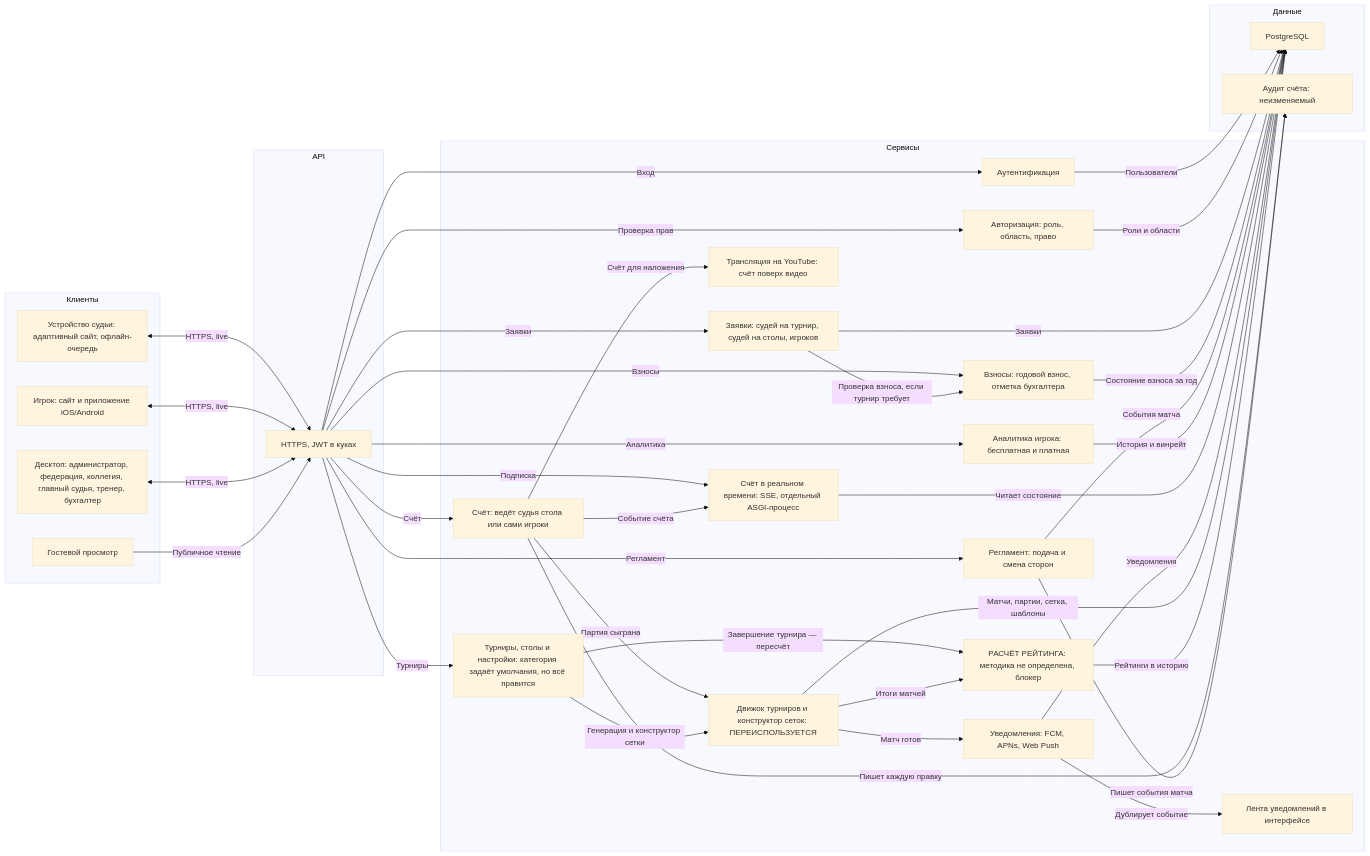
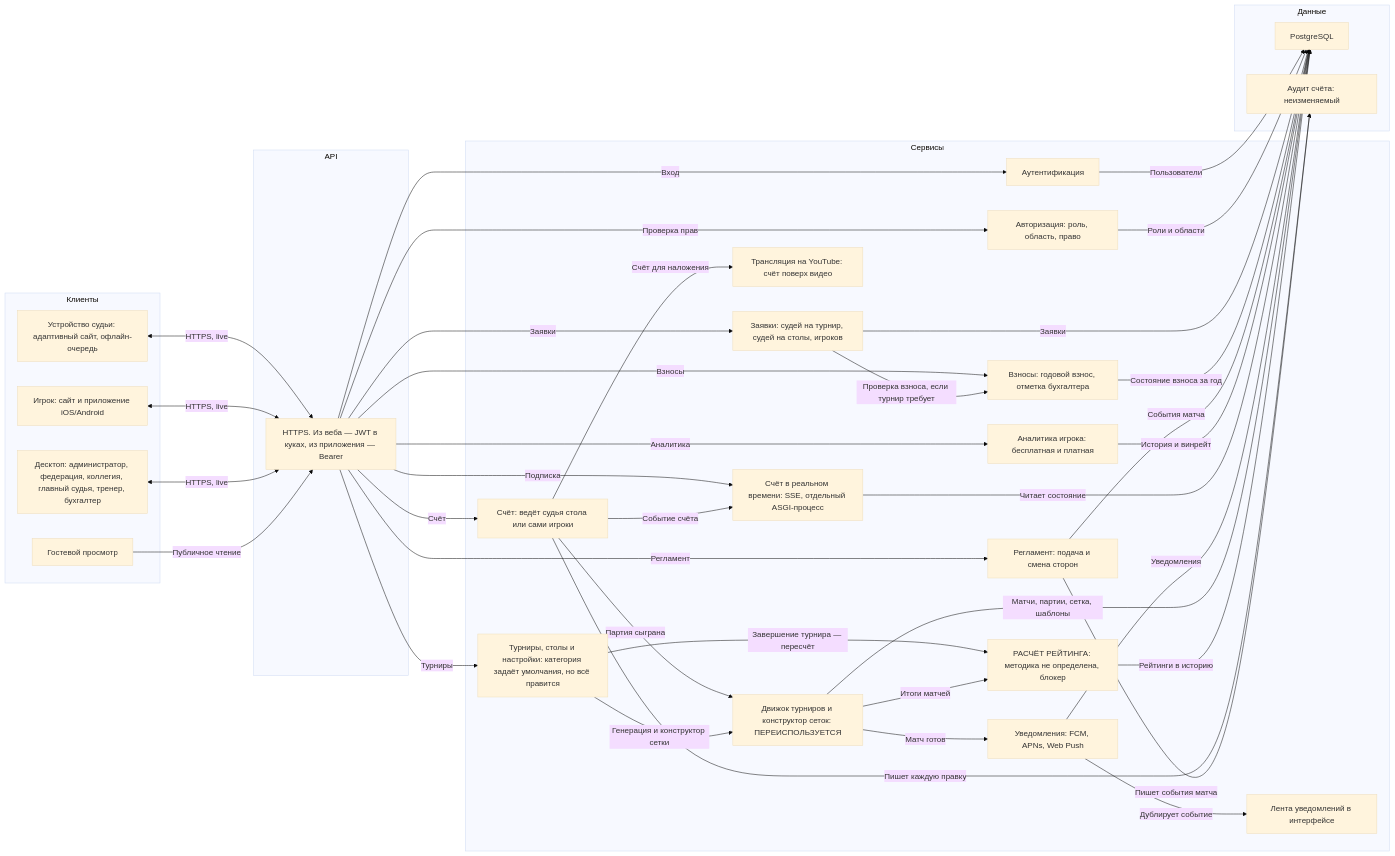
One commit to AssylanAkhanuly/tt_tournament changed the first of 3 diagrams in ARCHITECTURE.md. Above: the diagram before and after it, drawn with Mermaid (base theme). The commit also changed other lines of this file and 6 other files, not shown here.

````diff
--- a/ARCHITECTURE.md
+++ b/ARCHITECTURE.md
@@ -37,70 +37,70 @@
 ```mermaid
 flowchart LR
     subgraph client ["Клиенты"]
         judgeTablet["Устройство судьи: адаптивный сайт, офлайн-очередь"]
         playerPhone["Игрок: сайт и приложение iOS/Android"]
         adminDesktop["Десктоп: администратор, федерация, коллегия, главный судья, тренер, бухгалтер"]
         guestWeb["Гостевой просмотр"]
     end
     subgraph gateway ["API"]
-        apiGateway["HTTPS, JWT в куках"]
+        apiGateway["HTTPS. Из веба — JWT в куках, из приложения — Bearer"]
     end
     subgraph service ["Сервисы"]
         authService["Аутентификация"]
         rbacService["Авторизация: роль, область, право"]
         tournamentService["Турниры, столы и настройки: категория задаёт умолчания, но всё правится"]
         applicationService["Заявки: судей на турнир, судей на столы, игроков"]
         feeService["Взносы: годовой взнос, отметка бухгалтера"]
         scoreService["Счёт: ведёт судья стола или сами игроки"]
         refereeService["Регламент: подача и смена сторон"]
         analyticsService["Аналитика игрока: бесплатная и платная"]
         liveService["Счёт в реальном времени: SSE, отдельный ASGI-процесс"]
         broadcastService["Трансляция на YouTube: счёт поверх видео"]
         notifyService["Уведомления: FCM, APNs, Web Push"]
         inboxFeed["Лента уведомлений в интерфейсе"]
         engine["Движок турниров и конструктор сеток: ПЕРЕИСПОЛЬЗУЕТСЯ"]
         ratingService["РАСЧЁТ РЕЙТИНГА: методика не определена, блокер"]
     end
     subgraph datastore ["Данные"]
         postgres["PostgreSQL"]
         auditLog["Аудит счёта: неизменяемый"]
     end
 
     judgeTablet <-->|"HTTPS, live"| apiGateway
     playerPhone <-->|"HTTPS, live"| apiGateway
     adminDesktop <-->|"HTTPS, live"| apiGateway
     guestWeb -->|"Публичное чтение"| apiGateway
 
     apiGateway -->|"Вход"| authService
     apiGateway -->|"Проверка прав"| rbacService
     apiGateway -->|"Турниры"| tournamentService
     apiGateway -->|"Заявки"| applicationService
     apiGateway -->|"Взносы"| feeService
     applicationService -->|"Проверка взноса, если турнир требует"| feeService
     apiGateway -->|"Счёт"| scoreService
     apiGateway -->|"Регламент"| refereeService
     apiGateway -->|"Аналитика"| analyticsService
     apiGateway -->|"Подписка"| liveService
 
     scoreService -->|"Партия сыграна"| engine
     scoreService -->|"Пишет каждую правку"| auditLog
     scoreService -->|"Событие счёта"| liveService
     scoreService -->|"Счёт для наложения"| broadcastService
     refereeService -->|"Пишет события матча"| auditLog
     tournamentService -->|"Генерация и конструктор сетки"| engine
     tournamentService -->|"Завершение турнира — пересчёт"| ratingService
     engine -->|"Итоги матчей"| ratingService
     engine -->|"Матч готов"| notifyService
     notifyService -->|"Дублирует событие"| inboxFeed
 
     authService -->|"Пользователи"| postgres
     rbacService -->|"Роли и области"| postgres
     applicationService -->|"Заявки"| postgres
     feeService -->|"Состояние взноса за год"| postgres
     refereeService -->|"События матча"| postgres
     analyticsService -->|"История и винрейт"| postgres
     liveService -->|"Читает состояние"| postgres
     notifyService -->|"Уведомления"| postgres
     engine -->|"Матчи, партии, сетка, шаблоны"| postgres
     ratingService -->|"Рейтинги в историю"| postgres
 ```
````
